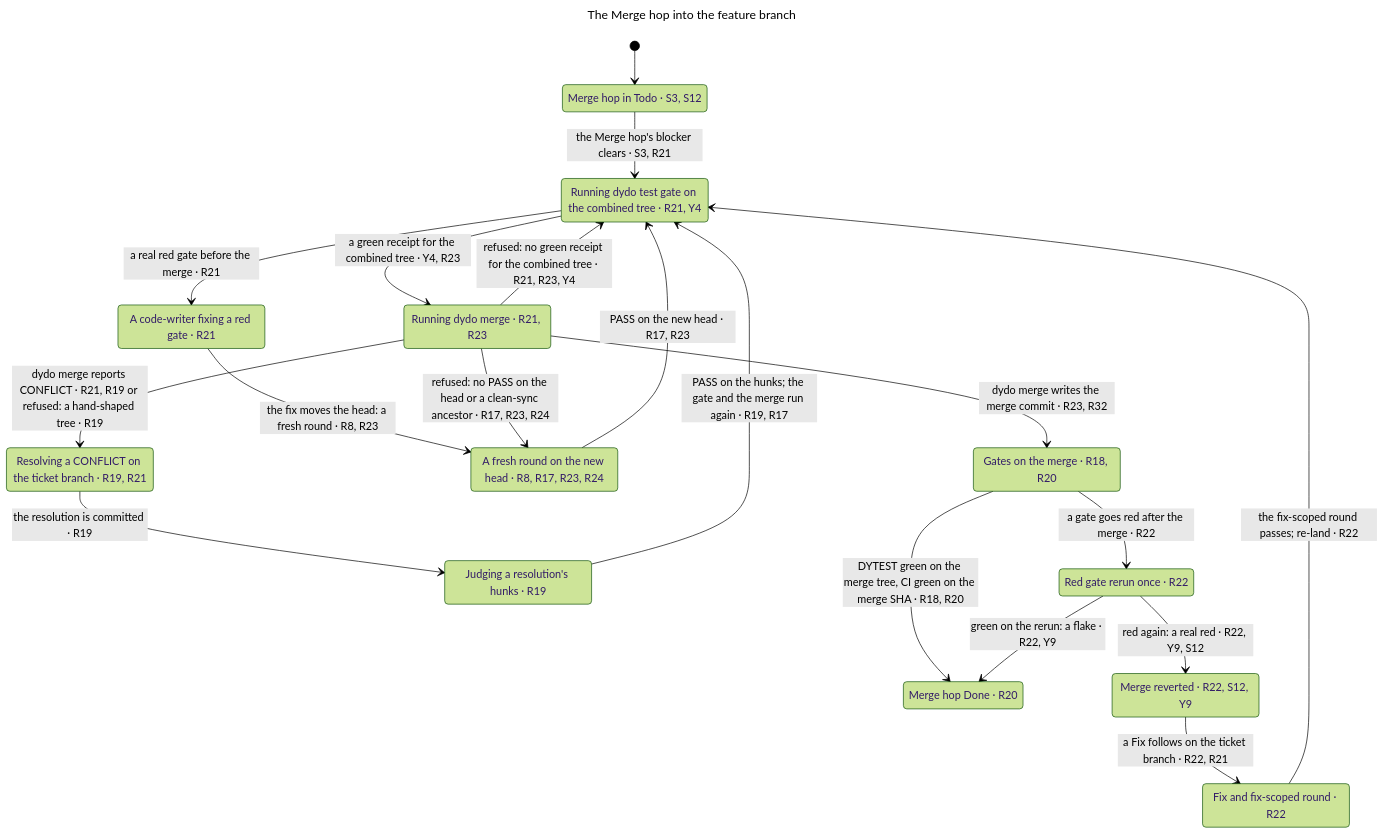
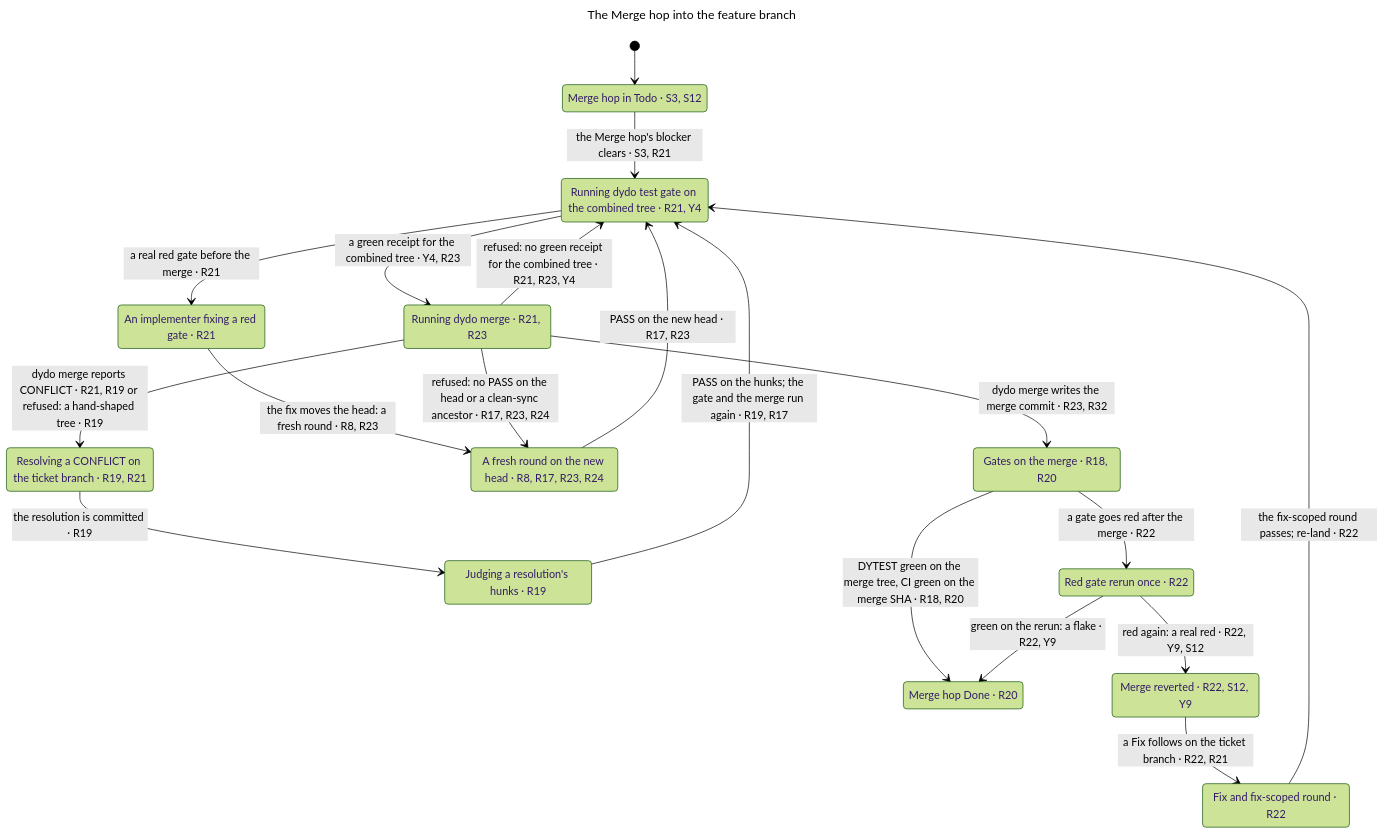
Before and after one commit to BalazsOrg/dydo: the diagram in claims/statechart/feature-merge/chart.mmd, drawn with Mermaid (forest theme). The commit also changed 212 other files, not shown here.

```diff
--- a/claims/statechart/feature-merge/chart.mmd
+++ b/claims/statechart/feature-merge/chart.mmd
@@ -1,34 +1,34 @@
 ---
 title: "The Merge hop into the feature branch"
 ---
 stateDiagram-v2
   s0: Merge hop in Todo #183; S3, S12
   s1: Running dydo test gate on the combined tree #183; R21, Y4
-  s2: A code-writer fixing a red gate #183; R21
+  s2: An implementer fixing a red gate #183; R21
   s3: Running dydo merge #183; R21, R23
   s4: Gates on the merge #183; R18, R20
   s5: A fresh round on the new head #183; R8, R17, R23, R24
   s6: Resolving a CONFLICT on the ticket branch #183; R19, R21
   s7: Judging a resolution's hunks #183; R19
   s8: Merge hop Done #183; R20
   s9: Red gate rerun once #183; R22
   s10: Merge reverted #183; R22, S12, Y9
   s11: Fix and fix-scoped round #183; R22
   [*] --> s0
   s0 --> s1: the Merge hop's blocker clears #183; S3, R21
   s1 --> s2: a real red gate before the merge #183; R21
   s1 --> s3: a green receipt for the combined tree #183; Y4, R23
   s2 --> s5: the fix moves the head: a fresh round #183; R8, R23
   s3 --> s1: refused: no green receipt for the combined tree #183; R21, R23, Y4
   s3 --> s4: dydo merge writes the merge commit #183; R23, R32
   s3 --> s5: refused: no PASS on the head or a clean-sync ancestor #183; R17, R23, R24
   s3 --> s6: dydo merge reports CONFLICT #183; R21, R19 or refused: a hand-shaped tree #183; R19
   s4 --> s8: DYTEST green on the merge tree, CI green on the merge SHA #183; R18, R20
   s4 --> s9: a gate goes red after the merge #183; R22
   s5 --> s1: PASS on the new head #183; R17, R23
   s6 --> s7: the resolution is committed #183; R19
   s7 --> s1: PASS on the hunks#59; the gate and the merge run again #183; R19, R17
   s9 --> s8: green on the rerun: a flake #183; R22, Y9
   s9 --> s10: red again: a real red #183; R22, Y9, S12
   s10 --> s11: a Fix follows on the ticket branch #183; R22, R21
   s11 --> s1: the fix-scoped round passes#59; re-land #183; R22
```
